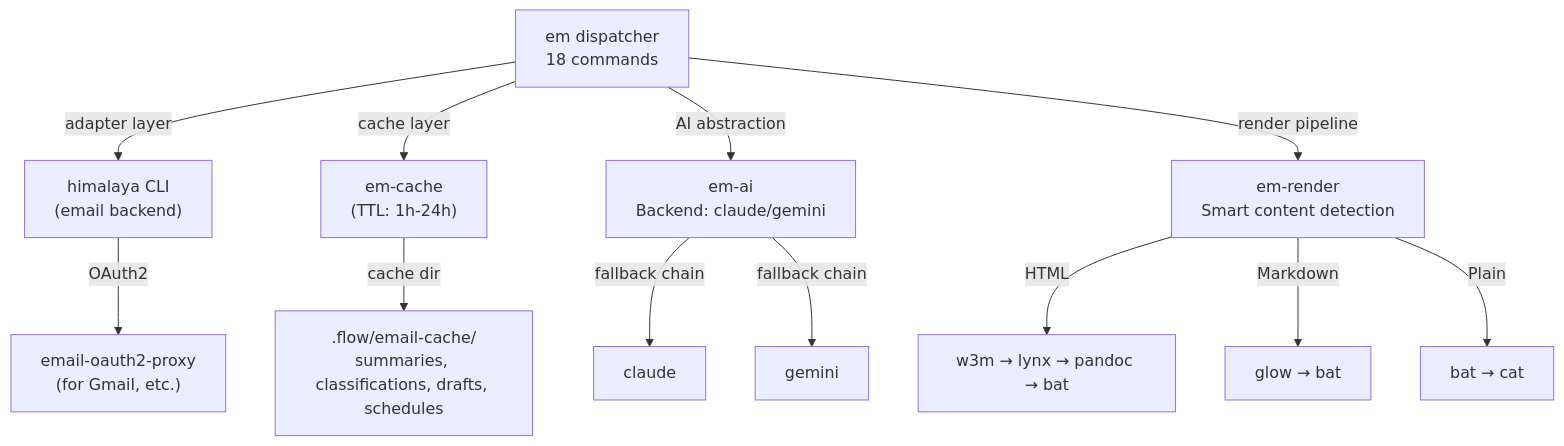
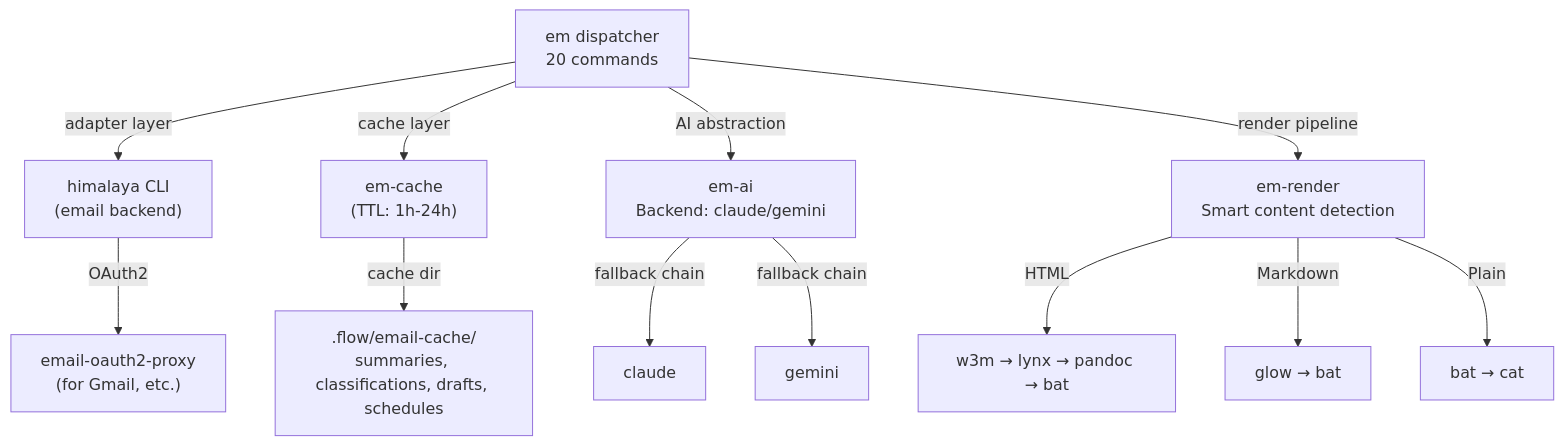
Before and after one commit to Data-Wise/flow-cli: the second of 2 diagrams in docs/reference/REFCARD-EMAIL-DISPATCHER.md, drawn with Mermaid. The commit also changed other lines of this file and 17 other files, not shown here.

````diff
--- a/docs/reference/REFCARD-EMAIL-DISPATCHER.md
+++ b/docs/reference/REFCARD-EMAIL-DISPATCHER.md
@@ -88,14 +88,14 @@
 ```mermaid
 graph TD
-    A["em dispatcher<br/>18 commands"] -->|adapter layer| B["himalaya CLI<br/>(email backend)"]
+    A["em dispatcher<br/>20 commands"] -->|adapter layer| B["himalaya CLI<br/>(email backend)"]
     A -->|cache layer| C["em-cache<br/>(TTL: 1h-24h)"]
     A -->|AI abstraction| D["em-ai<br/>Backend: claude/gemini"]
     A -->|render pipeline| E["em-render<br/>Smart content detection"]
     D -->|fallback chain| D1["claude"]
     D -->|fallback chain| D2["gemini"]
     E -->|HTML| E1["w3m → lynx → pandoc → bat"]
     E -->|Markdown| E2["glow → bat"]
     E -->|Plain| E3["bat → cat"]
     B -->|OAuth2| B1["email-oauth2-proxy<br/>(for Gmail, etc.)"]
     C -->|cache dir| C1[".flow/email-cache/<br/>summaries, classifications, drafts, schedules"]
 ```
````
